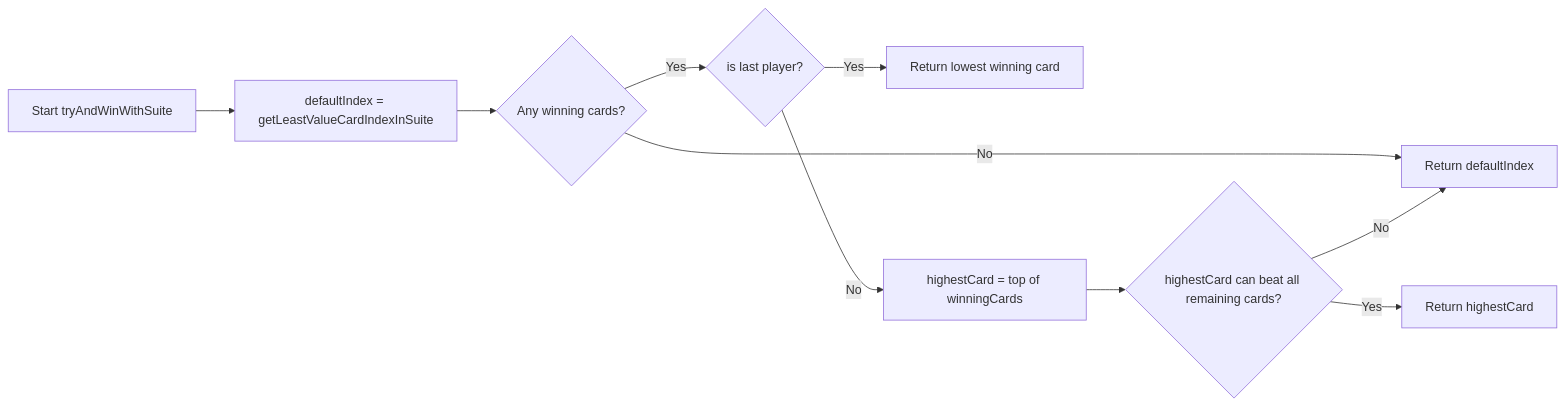
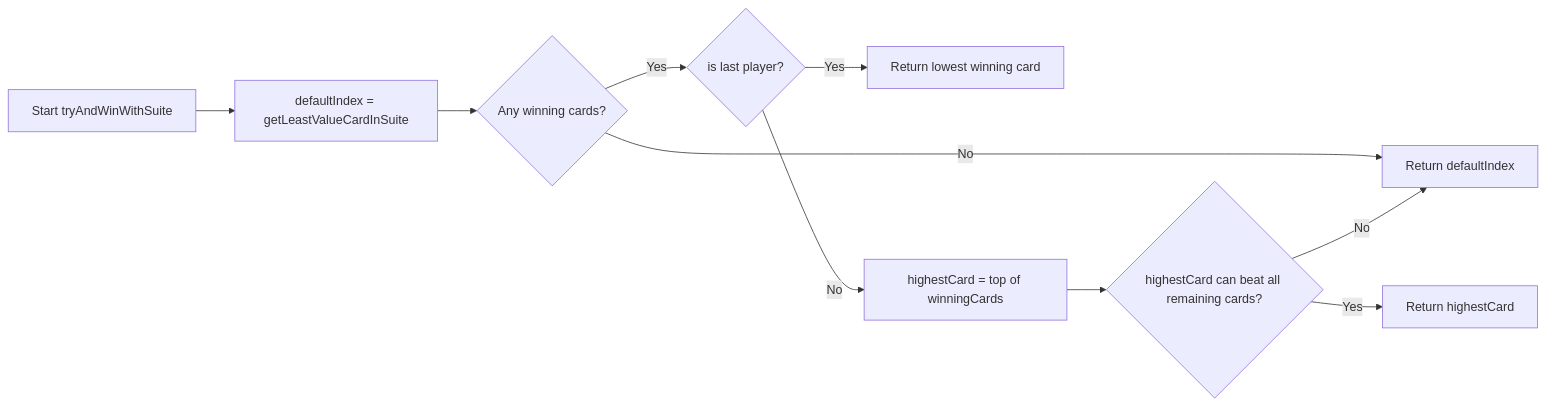
One commit to ispeet-inc/three-of-spades-studio changed the second of 2 diagrams in src/agents/greedy-bot-flow.md. Above: the diagram before and after it, drawn with Mermaid. The commit also changed 8 other files, not shown here.

````diff
--- a/src/agents/greedy-bot-flow.md
+++ b/src/agents/greedy-bot-flow.md
@@ -27,16 +27,16 @@
 ```mermaid
 ---
 config:
   layout: dagre
 ---
 flowchart LR
-  A[Start tryAndWinWithSuite] --> C[defaultIndex = getLeastValueCardIndexInSuite]
+  A[Start tryAndWinWithSuite] --> C[defaultIndex = getLeastValueCardInSuite]
   C --> D{Any winning cards?}
   D -- No --> E[Return defaultIndex]
   D -- Yes --> F{is last player?}
   F -- Yes --> G[Return lowest winning card]
   F -- No --> H[highestCard = top of winningCards]
   H --> I{highestCard can beat all remaining cards?}
   I -- Yes --> J[Return highestCard]
   I -- No --> E
 ```
````
